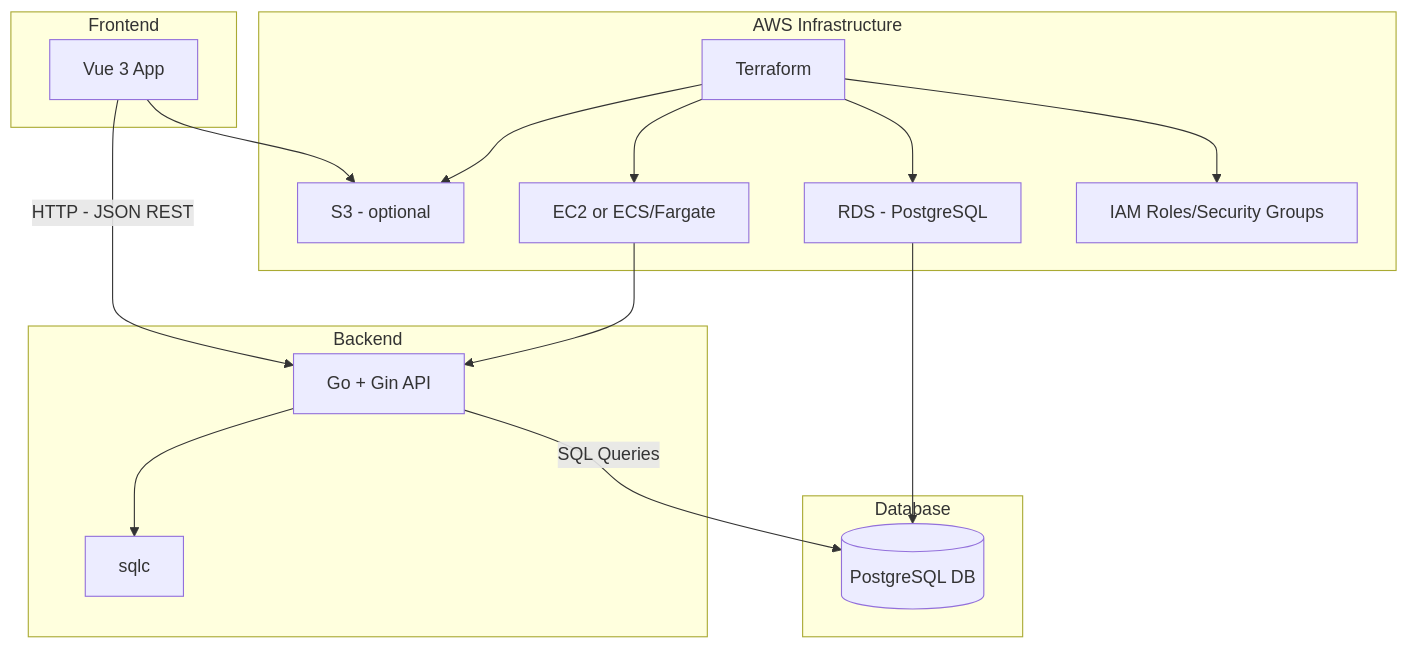
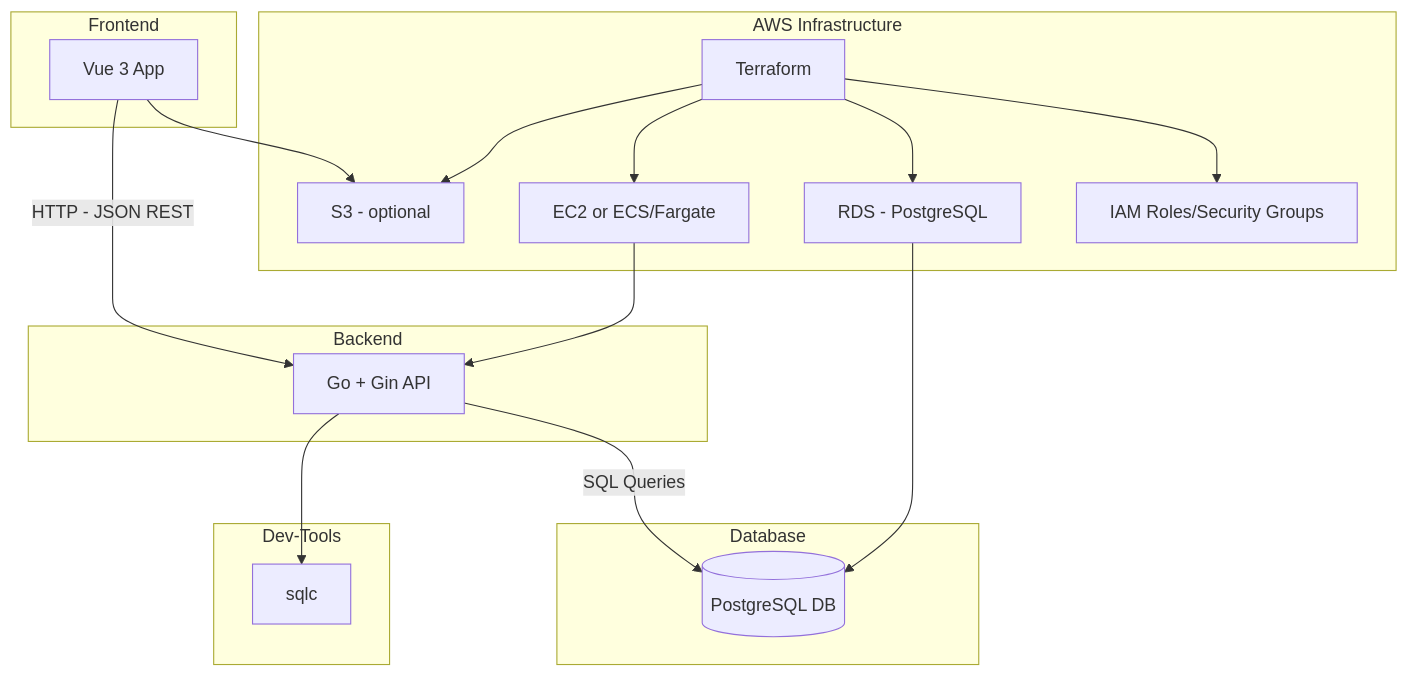
Before and after one commit to mavrw/farm-rest-rpg: the diagram in README.md, drawn with Mermaid. The commit also changed other lines of this file, not shown here.

````diff
--- a/README.md
+++ b/README.md
@@ -69,34 +71,37 @@
 ```mermaid
 graph TD
   subgraph Frontend
     A[Vue 3 App]
   end
 
   subgraph Backend
     B[Go + Gin API]
+  end
+
+  subgraph Dev-Tools
     B --> C[sqlc]
   end
 
   subgraph Database
     D[(PostgreSQL DB)]
   end
 
   subgraph AWS Infrastructure
     E[Terraform]
     F[EC2 or ECS/Fargate]
     G[RDS - PostgreSQL]
     H[S3 - optional]
     I[IAM Roles/Security Groups]
   end
 
   A -->|HTTP - JSON REST| B
   B -->|SQL Queries| D
   E --> H
   E --> F
   E --> G
   E --> I
   F --> B
   G --> D
   A --> H
 
 ```
````
